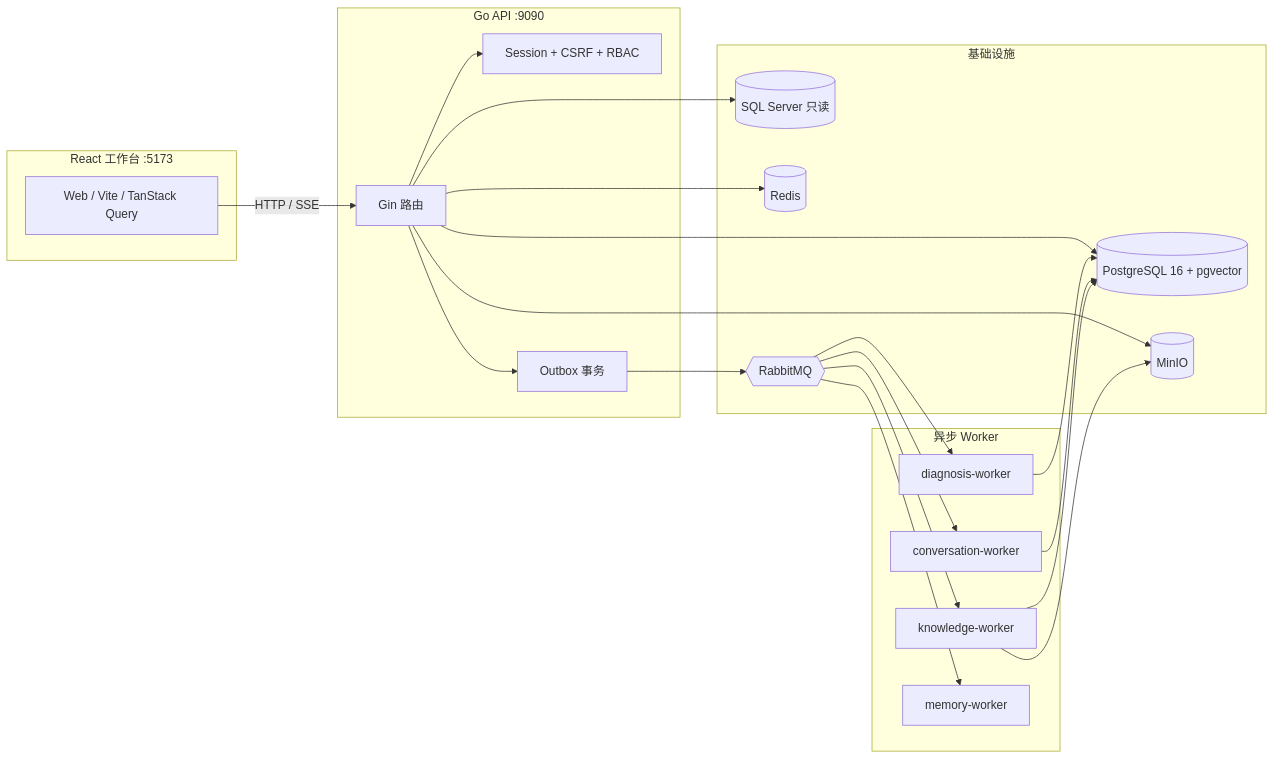
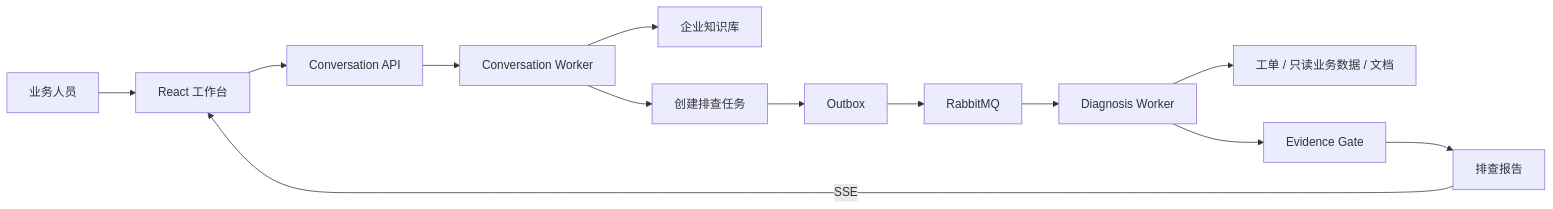
One commit to chitandabb/GoAgent changed the diagram in README.md. Above: the diagram before and after it, drawn with Mermaid. The commit also changed other lines of this file and 84 other files, not shown here.

````diff
--- a/README.md
+++ b/README.md
@@ -107,35 +39,15 @@
 ```mermaid
 flowchart LR
-  subgraph Frontend[React 工作台 :5173]
-    W[Web / Vite / TanStack Query]
-  end
-  subgraph API[Go API :9090]
-    A[Gin 路由]
-    AUTH[Session + CSRF + RBAC]
-    OUT[Outbox 事务]
-  end
-  subgraph Infra[基础设施]
-    PG[(PostgreSQL 16 + pgvector)]
-    SQL[(SQL Server 只读)]
-    RD[(Redis)]
-    MQ{{RabbitMQ}}
-    MI[(MinIO)]
-  end
-  subgraph Workers[异步 Worker]
-    DW[diagnosis-worker]
-    CW[conversation-worker]
-    KW[knowledge-worker]
-    MW[memory-worker]
-  end
-
-  W -->|HTTP / SSE| A
-  A --> AUTH
-  A --> PG
-  A --> OUT --> MQ --> DW & CW & KW & MW
-  A --> SQL
-  A --> RD
-  A --> MI
-  DW --> PG
-  CW --> PG
-  KW --> PG & MI
+  U[业务人员] --> W[React 工作台]
+  W --> C[Conversation API]
+  C --> CW[Conversation Worker]
+  CW --> K[企业知识库]
+  CW --> D[创建排查任务]
+  D --> O[Outbox]
+  O --> MQ[RabbitMQ]
+  MQ --> DW[Diagnosis Worker]
+  DW --> X[工单 / 只读业务数据 / 文档]
+  DW --> E[Evidence Gate]
+  E --> R[排查报告]
+  R -->|SSE| W
 ```
````
